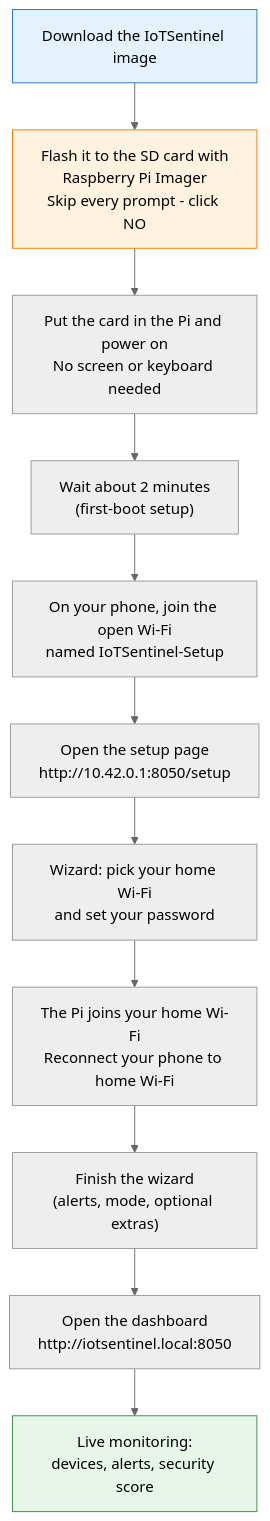
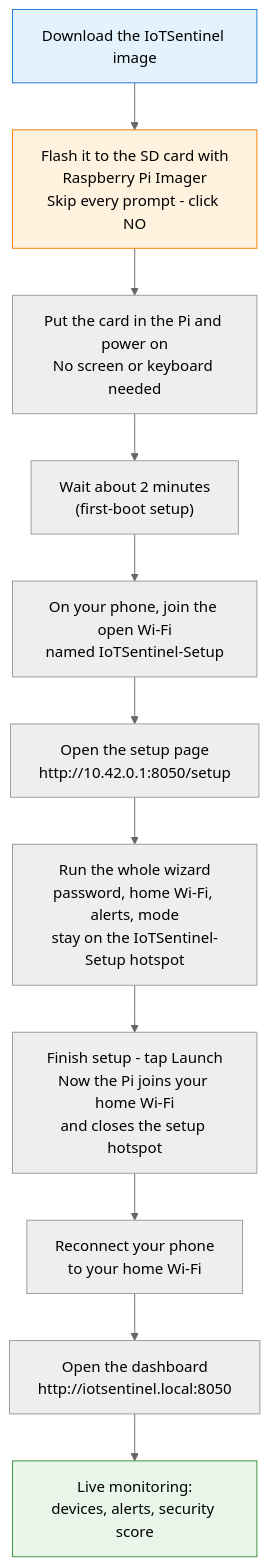
Before and after one commit to ritiksah141/iotsentinel: the diagram in docs/SETUP_GUIDE.md, drawn with Mermaid (neutral theme). The commit also changed other lines of this file and 16 other files, not shown here.

Commit message:
fix(pi): defer Wi-Fi join to wizard end + repair hotspot teardown/subnet heal for rc6

````diff
--- a/docs/SETUP_GUIDE.md
+++ b/docs/SETUP_GUIDE.md
@@ -22,16 +22,16 @@
 ```mermaid
 flowchart TD
     A["Download the IoTSentinel image"] --> B["Flash it to the SD card with<br/>Raspberry Pi Imager<br/>Skip every prompt - click NO"]
     B --> C["Put the card in the Pi and power on<br/>No screen or keyboard needed"]
     C --> D["Wait about 2 minutes<br/>(first-boot setup)"]
     D --> E["On your phone, join the open Wi-Fi<br/>named IoTSentinel-Setup"]
     E --> F["Open the setup page<br/>http://10.42.0.1:8050/setup"]
-    F --> G["Wizard: pick your home Wi-Fi<br/>and set your password"]
-    G --> H["The Pi joins your home Wi-Fi<br/>Reconnect your phone to home Wi-Fi"]
-    H --> I["Finish the wizard<br/>(alerts, mode, optional extras)"]
+    F --> G["Run the whole wizard<br/>password, home Wi-Fi, alerts, mode<br/>stay on the IoTSentinel-Setup hotspot"]
+    G --> H["Finish setup - tap Launch<br/>Now the Pi joins your home Wi-Fi<br/>and closes the setup hotspot"]
+    H --> I["Reconnect your phone<br/>to your home Wi-Fi"]
     I --> J["Open the dashboard<br/>http://iotsentinel.local:8050"]
     J --> K["Live monitoring:<br/>devices, alerts, security score"]
     style A fill:#e3f2fd,stroke:#1976d2
     style K fill:#e8f5e9,stroke:#388e3c
     style B fill:#fff3e0,stroke:#f57c00
 ```
````
